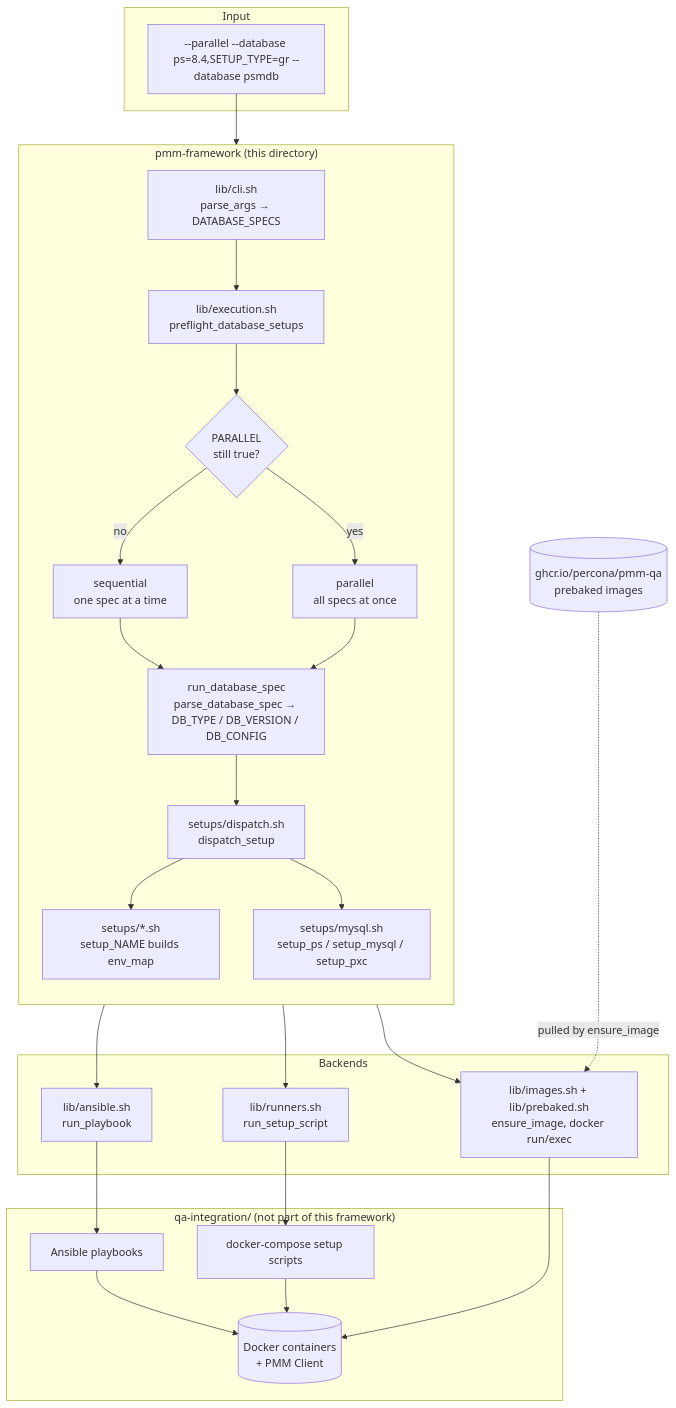
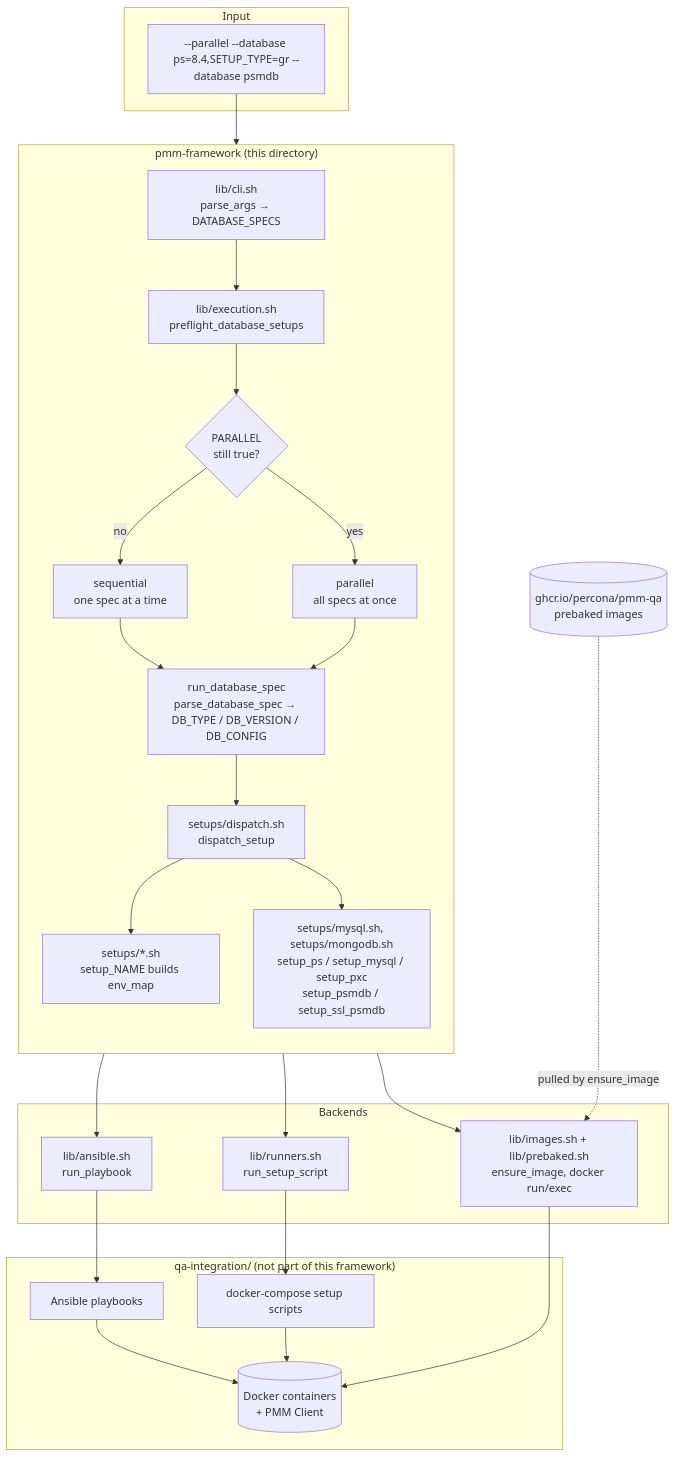
Before and after one commit to percona/pmm-qa: the first of 3 diagrams in qa-integration/pmm_qa/pmm-framework/ARCHITECTURE.md, drawn with Mermaid. The commit also changed other lines of this file and 10 other files, not shown here.

First line of the commit message:
pmm-framework: run PSMDB and SSL PSMDB on a prebaked image

````diff
--- a/qa-integration/pmm_qa/pmm-framework/ARCHITECTURE.md
+++ b/qa-integration/pmm_qa/pmm-framework/ARCHITECTURE.md
@@ -22,43 +22,43 @@
 ```mermaid
 flowchart TB
     subgraph CLI["Input"]
         ARGS["--parallel --database ps=8.4,SETUP_TYPE=gr --database psmdb"]
     end
 
     subgraph FW["pmm-framework (this directory)"]
         direction TB
         PARSE["lib/cli.sh<br/>parse_args → DATABASE_SPECS"]
         PRE["lib/execution.sh<br/>preflight_database_setups"]
         STRAT{"PARALLEL<br/>still true?"}
         SEQ["sequential<br/>one spec at a time"]
         PAR["parallel<br/>all specs at once"]
         SPEC["run_database_spec<br/>parse_database_spec → DB_TYPE / DB_VERSION / DB_CONFIG"]
         DISP["setups/dispatch.sh<br/>dispatch_setup"]
         SETUP["setups/*.sh<br/>setup_NAME builds env_map"]
-        BAKED["setups/mysql.sh<br/>setup_ps / setup_mysql / setup_pxc"]
+        BAKED["setups/mysql.sh, setups/mongodb.sh<br/>setup_ps / setup_mysql / setup_pxc<br/>setup_psmdb / setup_ssl_psmdb"]
     end
 
     subgraph BACK["Backends"]
         PB["lib/ansible.sh<br/>run_playbook"]
         SC["lib/runners.sh<br/>run_setup_script"]
         DK["lib/images.sh + lib/prebaked.sh<br/>ensure_image, docker run/exec"]
     end
 
     subgraph REAL["qa-integration/ (not part of this framework)"]
         YML["Ansible playbooks"]
         SH["docker-compose setup scripts"]
         DOCKER[("Docker containers<br/>+ PMM Client")]
     end
 
     GHCR[("ghcr.io/percona/pmm-qa<br/>prebaked images")]
 
     ARGS --> PARSE --> PRE --> STRAT
     STRAT -- no --> SEQ --> SPEC
     STRAT -- yes --> PAR --> SPEC
     SPEC --> DISP --> SETUP
     DISP --> BAKED
     SETUP --> PB --> YML --> DOCKER
     SETUP --> SC --> SH --> DOCKER
     BAKED --> DK --> DOCKER
     GHCR -. pulled by ensure_image .-> DK
 ```
````
